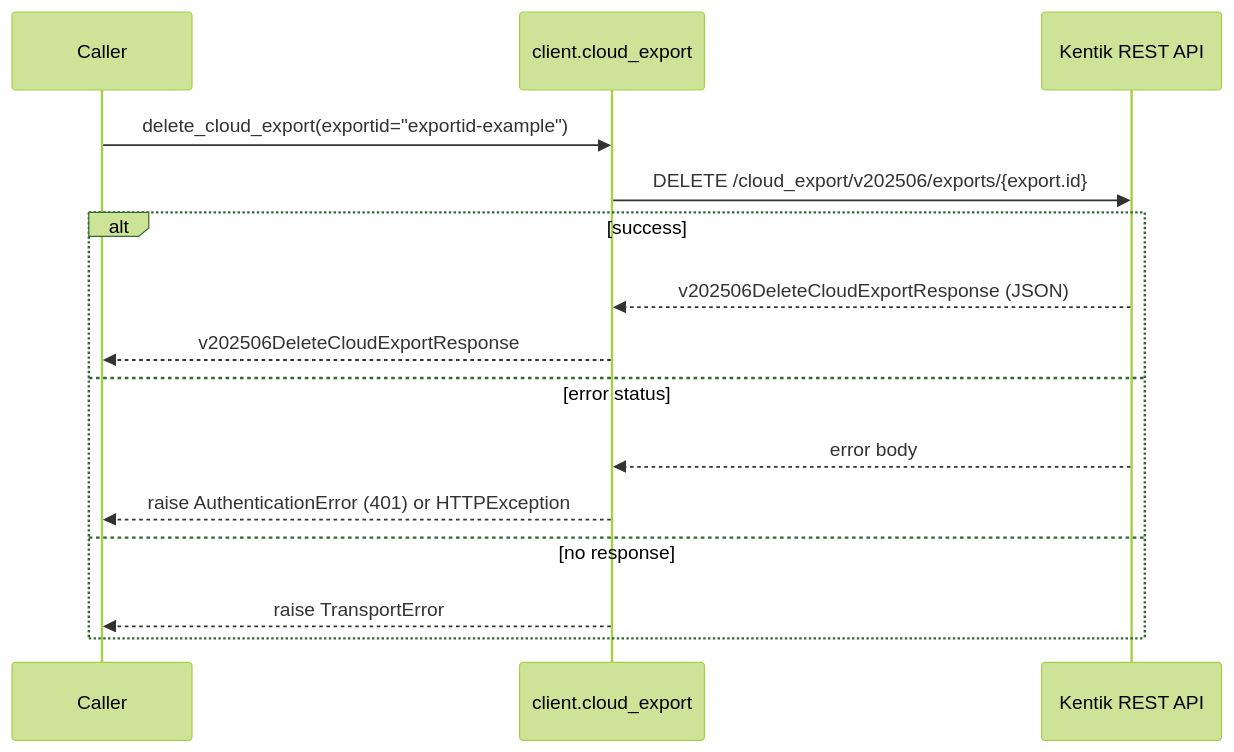
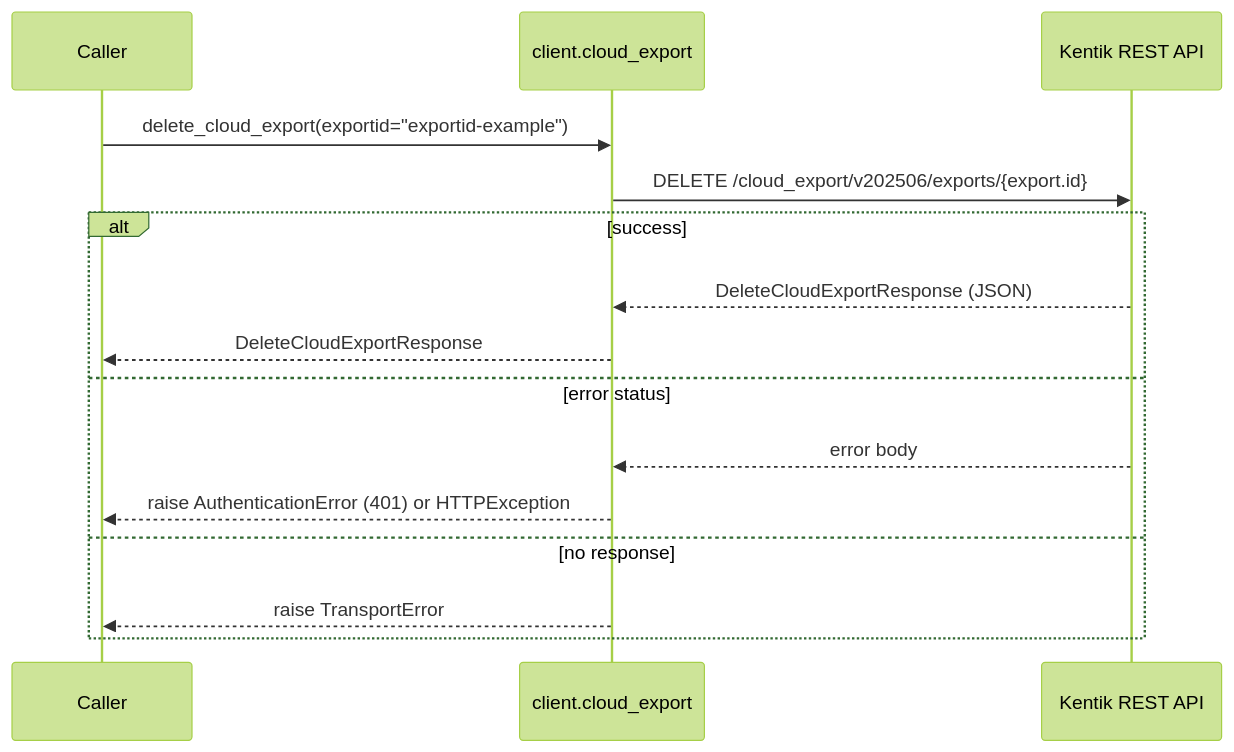
One commit to alexdearaujo/community_sdk_python changed the tenth of 12 diagrams in docs/sphinx/services/cloud_export.md. Above: the diagram before and after it, drawn with Mermaid (forest theme). The commit also changed other lines of this file and 38 other files, not shown here.

````diff
--- a/docs/sphinx/services/cloud_export.md
+++ b/docs/sphinx/services/cloud_export.md
@@ -336,18 +336,18 @@
 ```mermaid
 sequenceDiagram
     participant C as Caller
     participant W as client.cloud_export
     participant API as Kentik REST API
 
     C->>W: delete_cloud_export(exportid="exportid-example")
     W->>API: DELETE /cloud_export/v202506/exports/{export.id}
     alt success
-        API-->>W: v202506DeleteCloudExportResponse (JSON)
-        W-->>C: v202506DeleteCloudExportResponse
+        API-->>W: DeleteCloudExportResponse (JSON)
+        W-->>C: DeleteCloudExportResponse
     else error status
         API-->>W: error body
         W-->>C: raise AuthenticationError (401) or HTTPException
     else no response
         W-->>C: raise TransportError
     end
 ```
````
